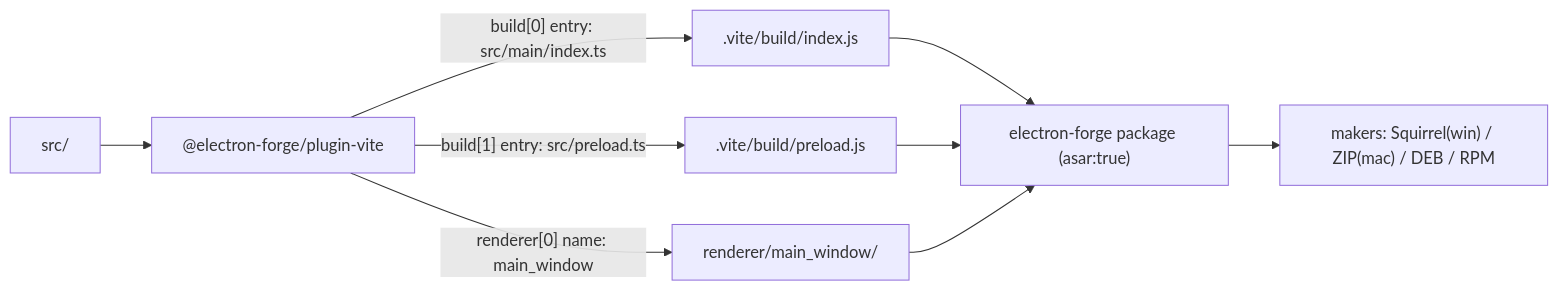
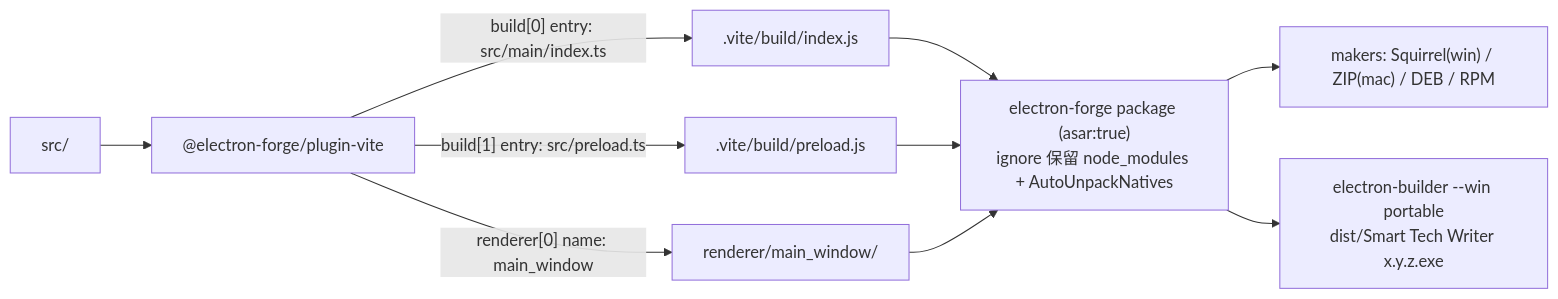
One commit to lazyloadbox/smart-tech-writter changed the fourth of 5 diagrams in docs/architecture/02-architecture.md. Above: the diagram before and after it, drawn with Mermaid. The commit also changed other lines of this file and 101 other files, not shown here.

````diff
--- a/docs/architecture/02-architecture.md
+++ b/docs/architecture/02-architecture.md
@@ -164,11 +197,12 @@
 ```mermaid
 flowchart LR
     SRC["src/"] --> VITE["@electron-forge/plugin-vite"]
     VITE -->|"build[0] entry: src/main/index.ts"| MAIN_JS[".vite/build/index.js"]
     VITE -->|"build[1] entry: src/preload.ts"| PRE_JS[".vite/build/preload.js"]
     VITE -->|"renderer[0] name: main_window"| REN["renderer/main_window/"]
-    MAIN_JS --> PKG["electron-forge package (asar:true)"]
+    MAIN_JS --> PKG["electron-forge package (asar:true)<br/>ignore 保留 node_modules + AutoUnpackNatives"]
     PRE_JS --> PKG
     REN --> PKG
     PKG --> MAKERS["makers: Squirrel(win) / ZIP(mac) / DEB / RPM"]
+    PKG --> PORTABLE["electron-builder --win portable<br/>dist/Smart Tech Writer x.y.z.exe"]
 ```
````
